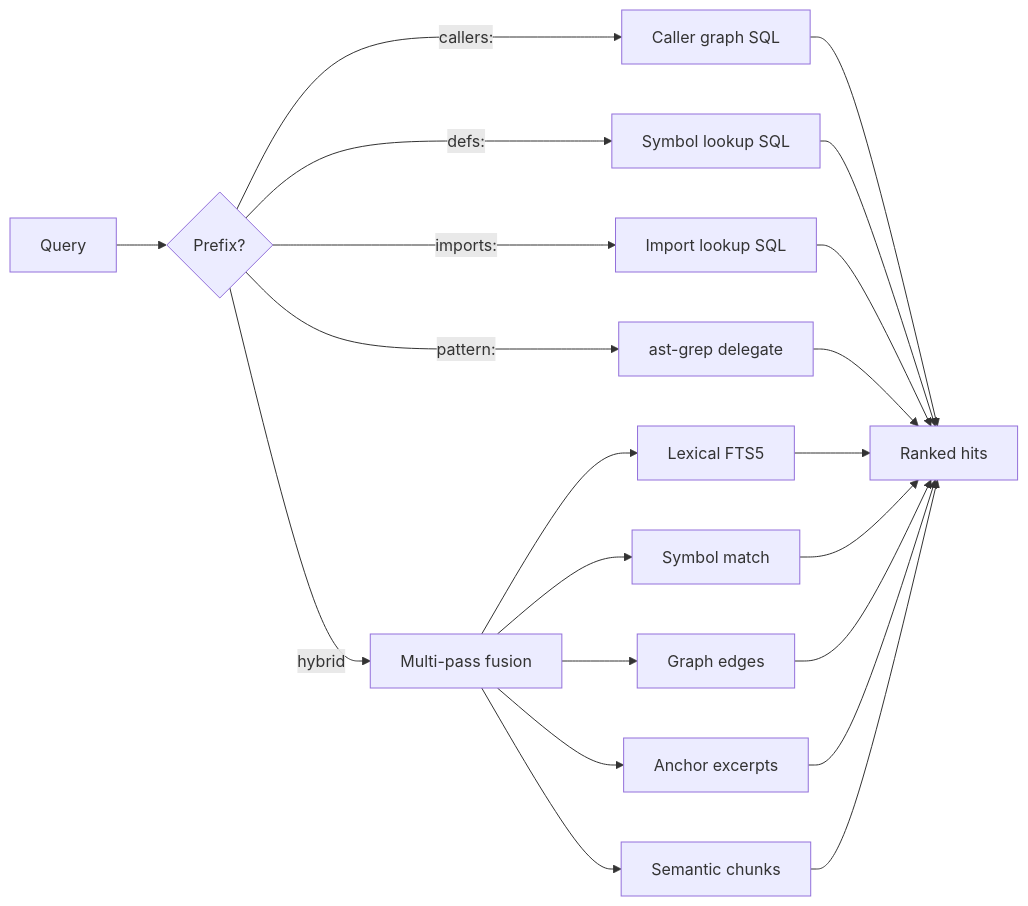
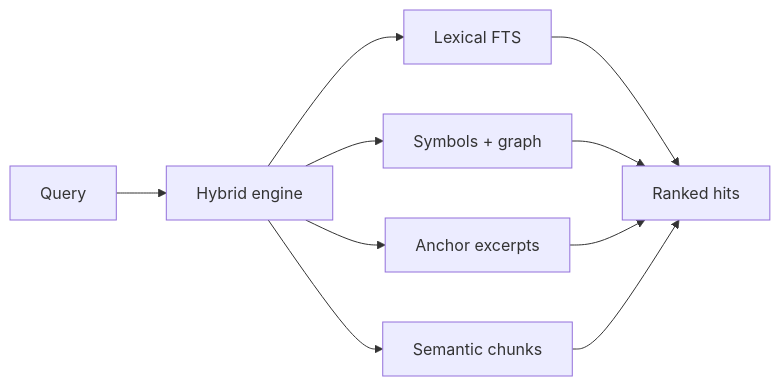
The diagram in README.md (AdityaVG13/ast-sgrep), drawn with Mermaid before and after one commit. The commit also changed other lines of this file and 14 other files, not shown here.

````diff
--- a/README.md
+++ b/README.md
@@ -114,23 +100,9 @@
 ```mermaid
 flowchart LR
-    Q["Query"] --> P{"Prefix?"}
-    P -->|callers:| C["Caller graph SQL"]
-    P -->|defs:| D["Symbol lookup SQL"]
-    P -->|imports:| I["Import lookup SQL"]
-    P -->|pattern:| AG["ast-grep delegate"]
-    P -->|hybrid| H["Multi-pass fusion"]
-    H --> L["Lexical FTS5"]
-    H --> S["Symbol match"]
-    H --> G["Graph edges"]
-    H --> A["Anchor excerpts"]
-    H --> E["Semantic chunks"]
-    C --> R["Ranked hits"]
-    D --> R
-    I --> R
-    AG --> R
-    L --> R
-    S --> R
-    G --> R
-    A --> R
-    E --> R
+    Q[Query] --> H[Hybrid engine]
+    H --> L[Lexical FTS]
+    H --> S[Symbols + graph]
+    H --> A[Anchor excerpts]
+    H --> E[Semantic chunks]
+    L & S & A & E --> R[Ranked hits]
 ```
````
